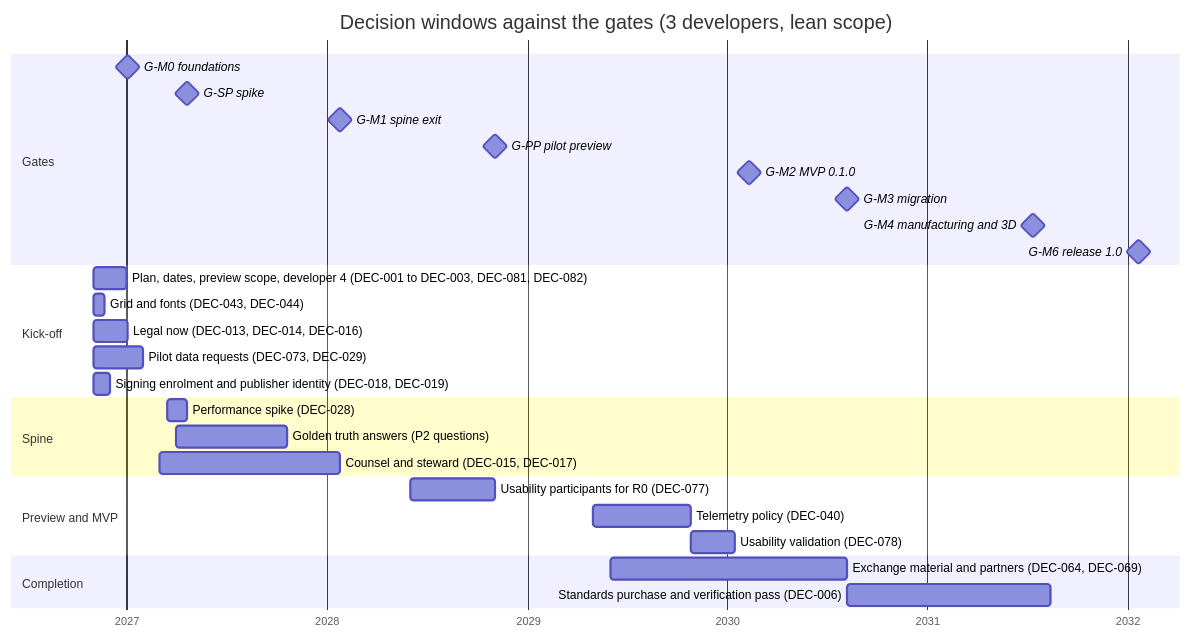
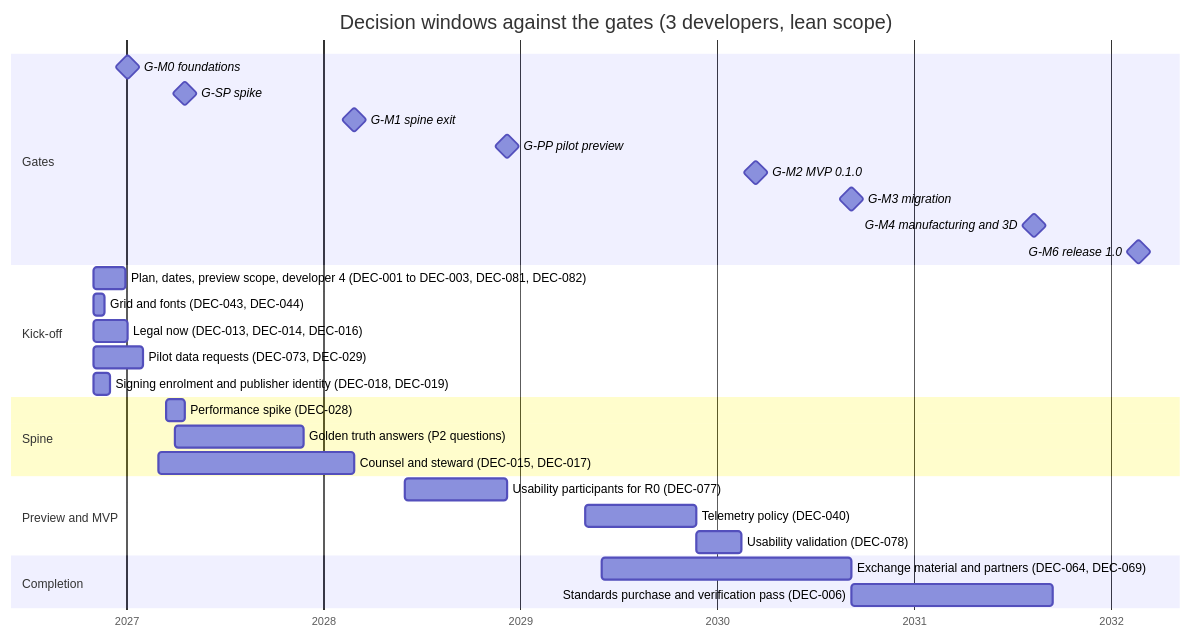
Before and after one commit to Ironkode787/ElektraWatt: the diagram in docs/plan/06-decision-log.md, drawn with Mermaid. The commit also changed other lines of this file and 26 other files, not shown here.

````diff
--- a/docs/plan/06-decision-log.md
+++ b/docs/plan/06-decision-log.md
@@ -452,32 +481,32 @@
 ```mermaid
 gantt
   title Decision windows against the gates (3 developers, lean scope)
   dateFormat YYYY-MM-DD
   axisFormat %Y
   section Gates
   G-M0 foundations :milestone, g0, 2027-01-03, 0d
   G-SP spike :milestone, gsp, 2027-04-20, 0d
-  G-M1 spine exit :milestone, g1, 2028-01-24, 0d
-  G-PP pilot preview :milestone, gpp, 2028-11-03, 0d
-  G-M2 MVP 0.1.0 :milestone, g2, 2030-02-09, 0d
-  G-M3 migration :milestone, g3, 2030-08-07, 0d
-  G-M4 manufacturing and 3D :milestone, g4, 2031-07-12, 0d
-  G-M6 release 1.0 :milestone, g6, 2032-01-21, 0d
+  G-M1 spine exit :milestone, g1, 2028-02-27, 0d
+  G-PP pilot preview :milestone, gpp, 2028-12-08, 0d
+  G-M2 MVP 0.1.0 :milestone, g2, 2030-03-14, 0d
+  G-M3 migration :milestone, g3, 2030-09-07, 0d
+  G-M4 manufacturing and 3D :milestone, g4, 2031-08-12, 0d
+  G-M6 release 1.0 :milestone, g6, 2032-02-21, 0d
   section Kick-off
   Plan, dates, preview scope, developer 4 (DEC-001 to DEC-003, DEC-081, DEC-082) :a1, 2026-11-01, 2026-12-31
   Grid and fonts (DEC-043, DEC-044) :a2, 2026-11-01, 2026-11-22
   Legal now (DEC-013, DEC-014, DEC-016) :a3, 2026-11-01, 2027-01-03
   Pilot data requests (DEC-073, DEC-029) :a4, 2026-11-01, 2027-01-31
   Signing enrolment and publisher identity (DEC-018, DEC-019) :a5, 2026-11-01, 2026-12-02
   section Spine
   Performance spike (DEC-028) :b1, 2027-03-15, 2027-04-20
-  Golden truth answers (P2 questions) :b2, 2027-04-01, 2027-10-20
-  Counsel and steward (DEC-015, DEC-017) :b3, 2027-03-01, 2028-01-24
+  Golden truth answers (P2 questions) :b2, 2027-04-01, 2027-11-26
+  Counsel and steward (DEC-015, DEC-017) :b3, 2027-03-01, 2028-02-27
   section Preview and MVP
-  Usability participants for R0 (DEC-077) :c0, 2028-06-01, 2028-11-03
-  Telemetry policy (DEC-040) :c2, 2029-05-01, 2029-10-26
-  Usability validation (DEC-078) :c3, 2029-10-26, 2030-01-15
+  Usability participants for R0 (DEC-077) :c0, 2028-06-01, 2028-12-08
+  Telemetry policy (DEC-040) :c2, 2029-05-01, 2029-11-22
+  Usability validation (DEC-078) :c3, 2029-11-22, 2030-02-15
   section Completion
-  Exchange material and partners (DEC-064, DEC-069) :d1, 2029-06-01, 2030-08-07
-  Standards purchase and verification pass (DEC-006) :d2, 2030-08-07, 2031-08-14
+  Exchange material and partners (DEC-064, DEC-069) :d1, 2029-06-01, 2030-09-07
+  Standards purchase and verification pass (DEC-006) :d2, 2030-09-07, 2031-09-15
 ```
````
